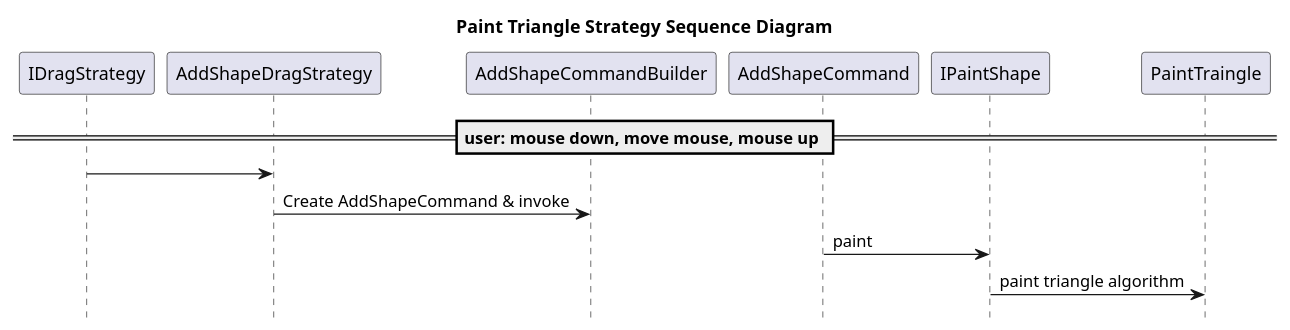
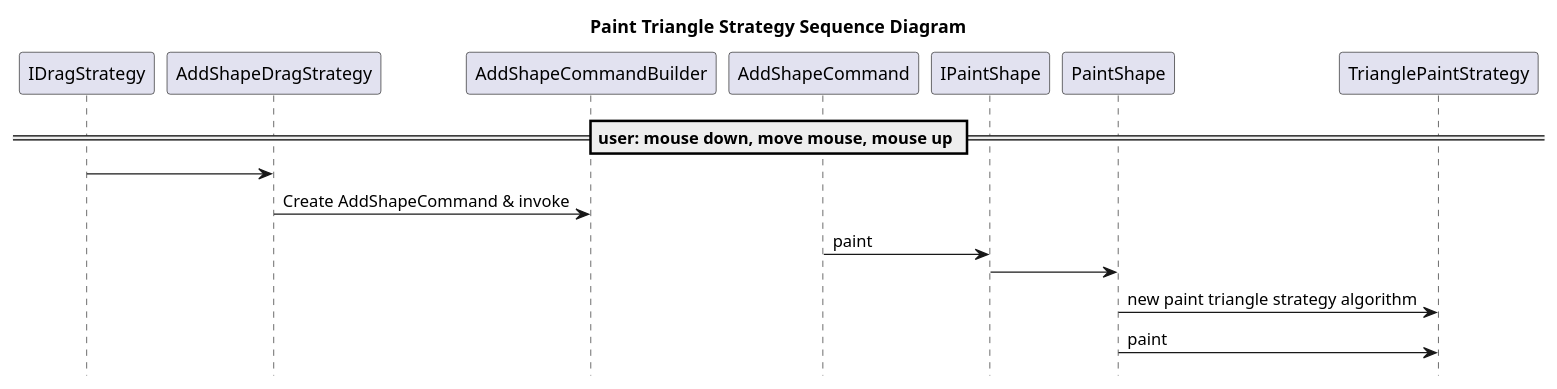
Before and after one commit to johnsmillie-portfolio/SE450-JPaint: the diagram in documentation/paint triangle strategy sequence diagram.plantuml, drawn with PlantUML. The commit also changed 1 other file, not shown here.

Commit message:
david's paint strategy interpretation

```diff
--- a/documentation/paint triangle strategy sequence diagram.plantuml
+++ b/documentation/paint triangle strategy sequence diagram.plantuml
@@ -1,12 +1,13 @@
 @startuml paint triangle strategy sequence diagram 
 hide footbox
 title Paint Triangle Strategy Sequence Diagram
 
 == user: mouse down, move mouse, mouse up ==
 IDragStrategy -> AddShapeDragStrategy 
 AddShapeDragStrategy -> AddShapeCommandBuilder : Create AddShapeCommand & invoke
 
 AddShapeCommand -> IPaintShape : paint
-IPaintShape -> PaintTraingle : paint triangle algorithm
-
+IPaintShape -> PaintShape
+PaintShape -> TrianglePaintStrategy : new paint triangle strategy algorithm
+PaintShape -> TrianglePaintStrategy : paint
 @enduml
```
